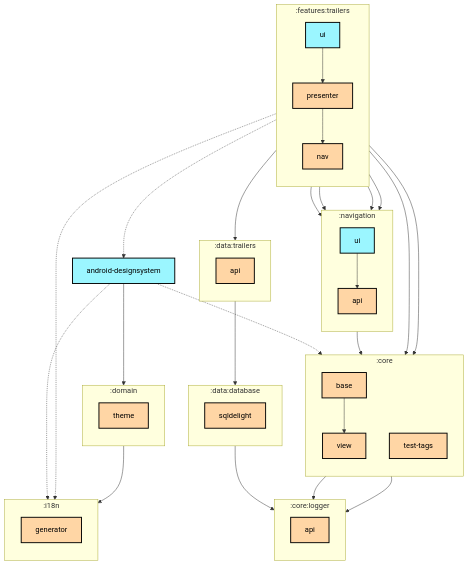
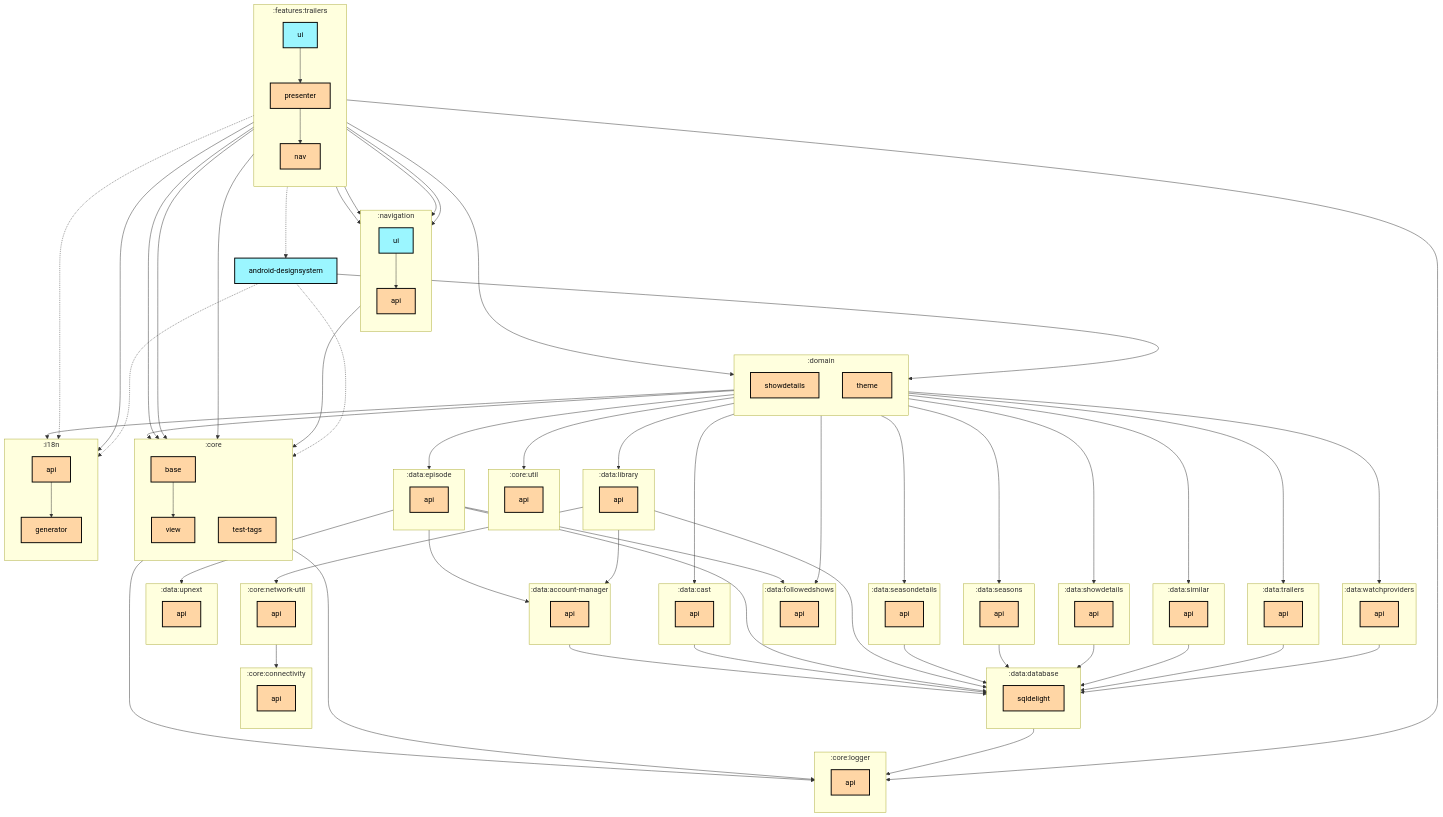
Before and after one commit to thomaskioko/tv-maniac: the first of 2 diagrams in features/trailers/ui/README.md, drawn with Mermaid. The commit also changed 44 other files, not shown here.

First line of the commit message:
feat: Add a full screen trailers view on iOS (#1153)

```diff
--- a/features/trailers/ui/README.md
+++ b/features/trailers/ui/README.md
@@ -12,20 +12,77 @@
     :core:test-tags[test-tags]:::multiplatform
     :core:view[view]:::multiplatform
   end
+  subgraph :core:connectivity
+    direction TB
+    :core:connectivity:api[api]:::multiplatform
+  end
   subgraph :core:logger
     direction TB
     :core:logger:api[api]:::multiplatform
+  end
+  subgraph :core:network-util
+    direction TB
+    :core:network-util:api[api]:::multiplatform
+  end
+  subgraph :core:util
+    direction TB
+    :core:util:api[api]:::multiplatform
+  end
+  subgraph :data:account-manager
+    direction TB
+    :data:account-manager:api[api]:::multiplatform
+  end
+  subgraph :data:cast
+    direction TB
+    :data:cast:api[api]:::multiplatform
   end
   subgraph :data:database
     direction TB
     :data:database:sqldelight[sqldelight]:::multiplatform
   end
+  subgraph :data:episode
+    direction TB
+    :data:episode:api[api]:::multiplatform
+  end
+  subgraph :data:followedshows
+    direction TB
+    :data:followedshows:api[api]:::multiplatform
+  end
+  subgraph :data:library
+    direction TB
+    :data:library:api[api]:::multiplatform
+  end
+  subgraph :data:seasondetails
+    direction TB
+    :data:seasondetails:api[api]:::multiplatform
+  end
+  subgraph :data:seasons
+    direction TB
+    :data:seasons:api[api]:::multiplatform
+  end
+  subgraph :data:showdetails
+    direction TB
+    :data:showdetails:api[api]:::multiplatform
+  end
+  subgraph :data:similar
+    direction TB
+    :data:similar:api[api]:::multiplatform
+  end
   subgraph :data:trailers
     direction TB
     :data:trailers:api[api]:::multiplatform
   end
+  subgraph :data:upnext
+    direction TB
+    :data:upnext:api[api]:::multiplatform
+  end
+  subgraph :data:watchproviders
+    direction TB
+    :data:watchproviders:api[api]:::multiplatform
+  end
   subgraph :domain
     direction TB
+    :domain:showdetails[showdetails]:::multiplatform
     :domain:theme[theme]:::multiplatform
   end
   subgraph :features:trailers
@@ -36,6 +93,7 @@
   end
   subgraph :i18n
     direction TB
+    :i18n:api[api]:::multiplatform
     :i18n:generator[generator]:::multiplatform
   end
   subgraph :navigation
@@ -49,21 +107,52 @@
   :android-designsystem -.-> :i18n:generator
   :core:base --> :core:logger:api
   :core:base --> :core:view
+  :core:network-util:api --> :core:connectivity:api
   :core:view --> :core:logger:api
+  :data:account-manager:api --> :data:database:sqldelight
+  :data:cast:api --> :data:database:sqldelight
   :data:database:sqldelight --> :core:logger:api
+  :data:episode:api --> :data:account-manager:api
+  :data:episode:api --> :data:database:sqldelight
+  :data:episode:api --> :data:followedshows:api
+  :data:episode:api --> :data:upnext:api
+  :data:library:api --> :core:network-util:api
+  :data:library:api --> :data:account-manager:api
+  :data:library:api --> :data:database:sqldelight
+  :data:seasondetails:api --> :data:database:sqldelight
+  :data:seasons:api --> :data:database:sqldelight
+  :data:showdetails:api --> :data:database:sqldelight
+  :data:similar:api --> :data:database:sqldelight
   :data:trailers:api --> :data:database:sqldelight
+  :data:watchproviders:api --> :data:database:sqldelight
+  :domain:showdetails --> :core:base
+  :domain:showdetails --> :core:util:api
+  :domain:showdetails --> :data:cast:api
+  :domain:showdetails --> :data:episode:api
+  :domain:showdetails --> :data:followedshows:api
+  :domain:showdetails --> :data:library:api
+  :domain:showdetails --> :data:seasondetails:api
+  :domain:showdetails --> :data:seasons:api
+  :domain:showdetails --> :data:showdetails:api
+  :domain:showdetails --> :data:similar:api
+  :domain:showdetails --> :data:trailers:api
+  :domain:showdetails --> :data:watchproviders:api
   :domain:theme --> :i18n:generator
   :features:trailers:nav --> :navigation:api
   :features:trailers:presenter --> :core:base
-  :features:trailers:presenter --> :data:trailers:api
+  :features:trailers:presenter --> :core:logger:api
+  :features:trailers:presenter --> :core:view
+  :features:trailers:presenter --> :domain:showdetails
   :features:trailers:presenter --> :features:trailers:nav
+  :features:trailers:presenter --> :i18n:api
+  :features:trailers:presenter -.-> :i18n:generator
   :features:trailers:presenter --> :navigation:api
   :features:trailers:ui -.-> :android-designsystem
   :features:trailers:ui --> :core:base
   :features:trailers:ui --> :features:trailers:presenter
-  :features:trailers:ui -.-> :i18n:generator
   :features:trailers:ui --> :navigation:api
   :features:trailers:ui --> :navigation:ui
+  :i18n:api --> :i18n:generator
   :navigation:ui --> :core:base
   :navigation:ui --> :navigation:api
 
```
